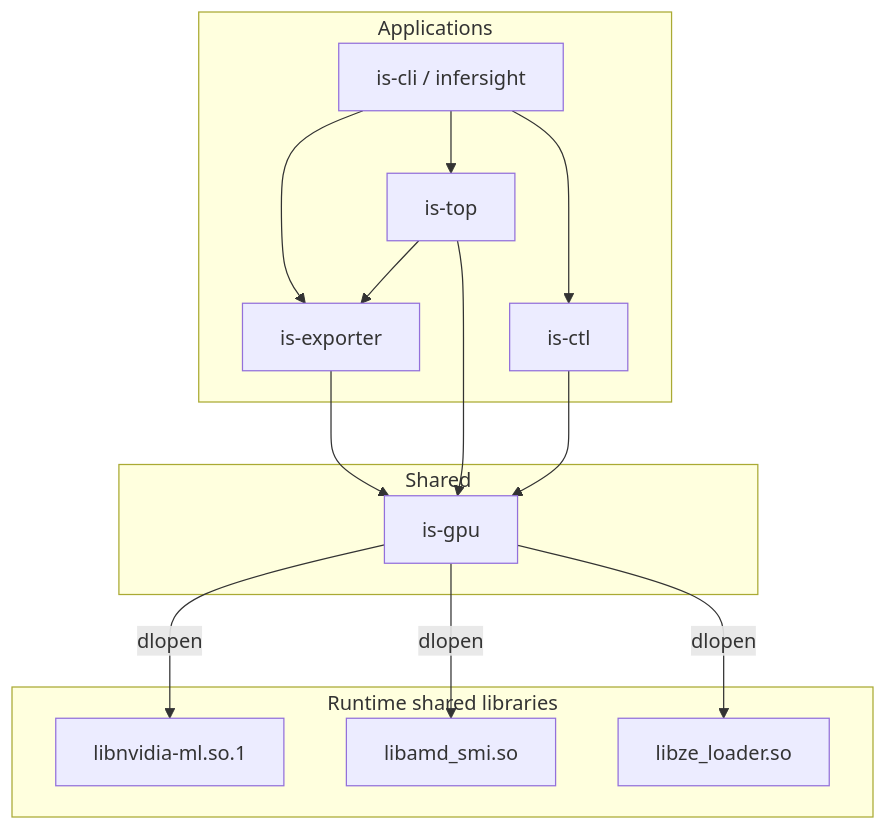
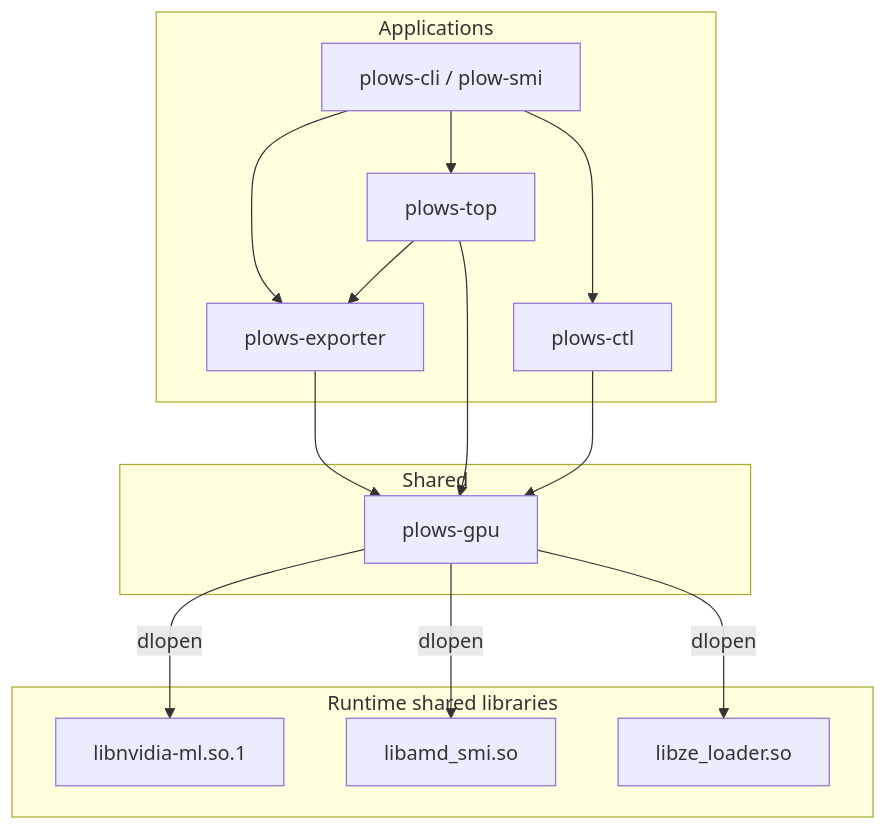
Before and after one commit to bishalsss/plow-smi: the diagram in ARCHITECTURE.md, drawn with Mermaid. The commit also changed other lines of this file and 99 other files, not shown here.

Commit message:
changed the binary in plow-smi

````diff
--- a/ARCHITECTURE.md
+++ b/ARCHITECTURE.md
@@ -7,30 +7,30 @@
 ```mermaid
 flowchart TB
   subgraph apps [Applications]
-    CLI[is-cli / infersight]
-    EXP[is-exporter]
-    TOP[is-top]
-    CTL[is-ctl]
+    CLI[plows-cli / plow-smi]
+    EXP[plows-exporter]
+    TOP[plows-top]
+    CTL[plows-ctl]
   end
 
   subgraph core [Shared]
-    GPU[is-gpu]
+    GPU[plows-gpu]
   end
 
   subgraph so [Runtime shared libraries]
     NVML[libnvidia-ml.so.1]
     AMD[libamd_smi.so]
     ZE[libze_loader.so]
   end
 
   CLI --> EXP
   CLI --> TOP
   CLI --> CTL
   EXP --> GPU
   TOP --> EXP
   TOP --> GPU
   CTL --> GPU
   GPU -->|dlopen| NVML
   GPU -->|dlopen| AMD
   GPU -->|dlopen| ZE
 ```
````
